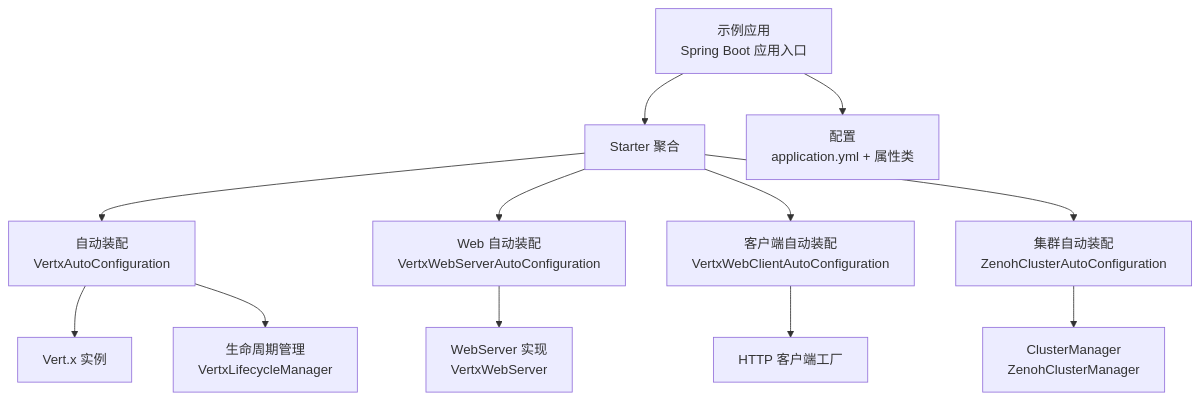
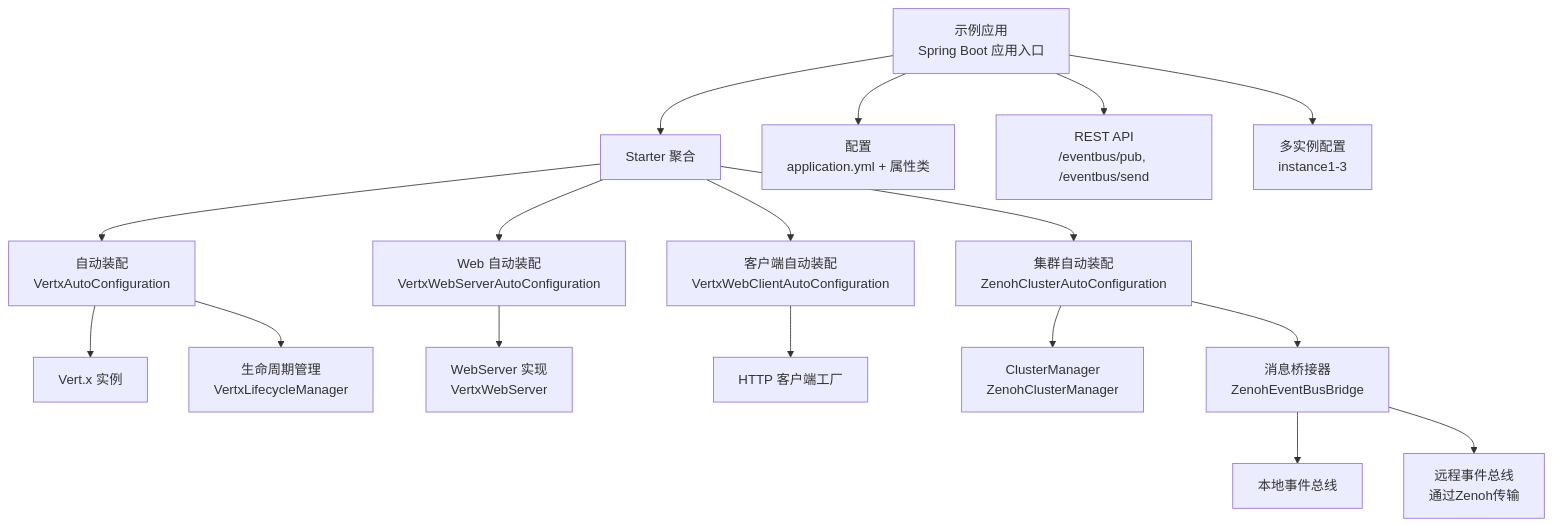
One commit to ossworker/vertx-starter changed the second of 9 diagrams in .qoder/repowiki/zh/content/示例和最佳实践.md. Above: the diagram before and after it, drawn with Mermaid. The commit also changed other lines of this file and 7 other files, not shown here.

````diff
--- a/.qoder/repowiki/zh/content/示例和最佳实践.md
+++ b/.qoder/repowiki/zh/content/示例和最佳实践.md
@@ -128,14 +158,19 @@
 ```mermaid
 graph TB
 APP["示例应用<br/>Spring Boot 应用入口"] --> STARTER["Starter 聚合"]
 STARTER --> AUTO["自动装配<br/>VertxAutoConfiguration"]
 STARTER --> WEB_AUTO["Web 自动装配<br/>VertxWebServerAutoConfiguration"]
 STARTER --> CLIENT_AUTO["客户端自动装配<br/>VertxWebClientAutoConfiguration"]
 STARTER --> CLUS_AUTO["集群自动装配<br/>ZenohClusterAutoConfiguration"]
 AUTO --> VERTX["Vert.x 实例"]
 AUTO --> LIFE["生命周期管理<br/>VertxLifecycleManager"]
 WEB_AUTO --> WEB_SERVER["WebServer 实现<br/>VertxWebServer"]
 CLIENT_AUTO --> HTTP_CLIENT["HTTP 客户端工厂"]
 CLUS_AUTO --> CLUS_MGR["ClusterManager<br/>ZenohClusterManager"]
+CLUS_AUTO --> BRIDGE["消息桥接器<br/>ZenohEventBusBridge"]
+BRIDGE --> LOCAL_EB["本地事件总线"]
+BRIDGE --> REMOTE_EB["远程事件总线<br/>通过Zenoh传输"]
 APP --> CFG["配置<br/>application.yml + 属性类"]
+APP --> REST_API["REST API<br/>/eventbus/pub, /eventbus/send"]
+APP --> INSTANCES["多实例配置<br/>instance1-3"]
 ```
````
